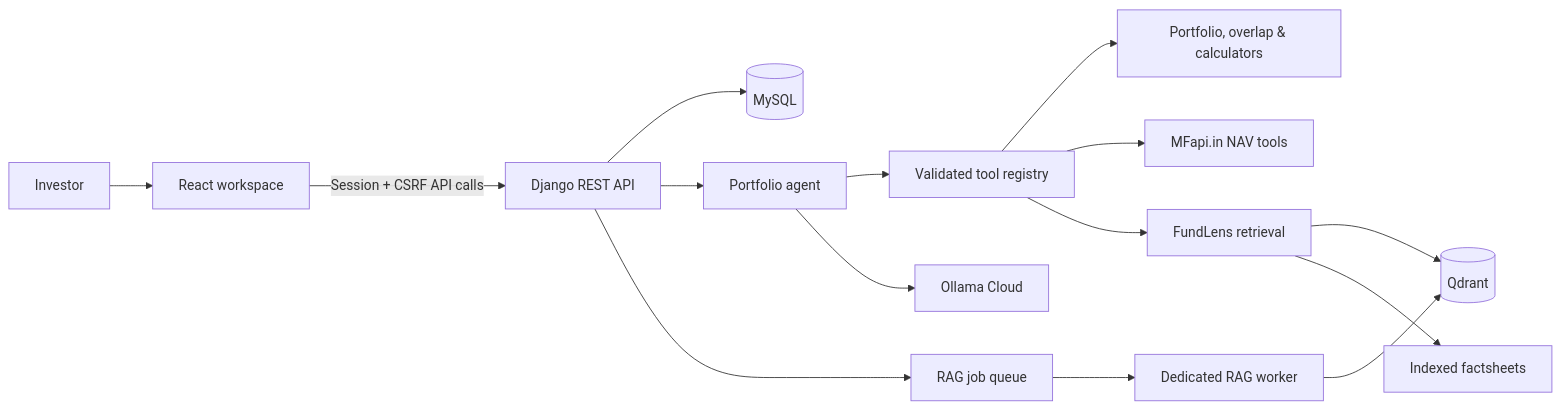
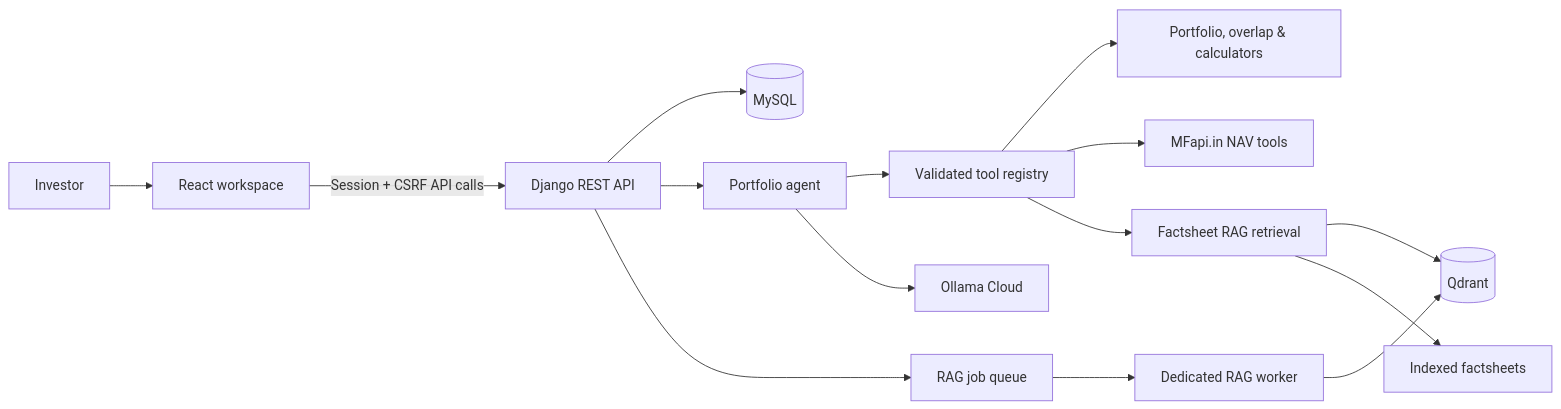
The diagram in README.md (albinea/mutual-fund-portfolio-agent), drawn with Mermaid before and after one commit. The commit also changed other lines of this file, not shown here.

Commit message:
feat: integrate RAG, agent, and deployment

````diff
--- a/README.md
+++ b/README.md
@@ -31,19 +31,19 @@
 ```mermaid
 flowchart LR
     U[Investor] --> W[React workspace]
     W -->|Session + CSRF API calls| A[Django REST API]
 
     A --> C[(MySQL)]
     A --> O[Portfolio agent]
     O --> T[Validated tool registry]
     T --> P[Portfolio, overlap & calculators]
     T --> N[MFapi.in NAV tools]
-    T --> R[FundLens retrieval]
+    T --> R[Factsheet RAG retrieval]
     R --> Q[(Qdrant)]
     R --> D[Indexed factsheets]
 
     A --> J[RAG job queue]
     J --> RW[Dedicated RAG worker]
     RW --> Q
     O --> L[Ollama Cloud]
 ```
````
